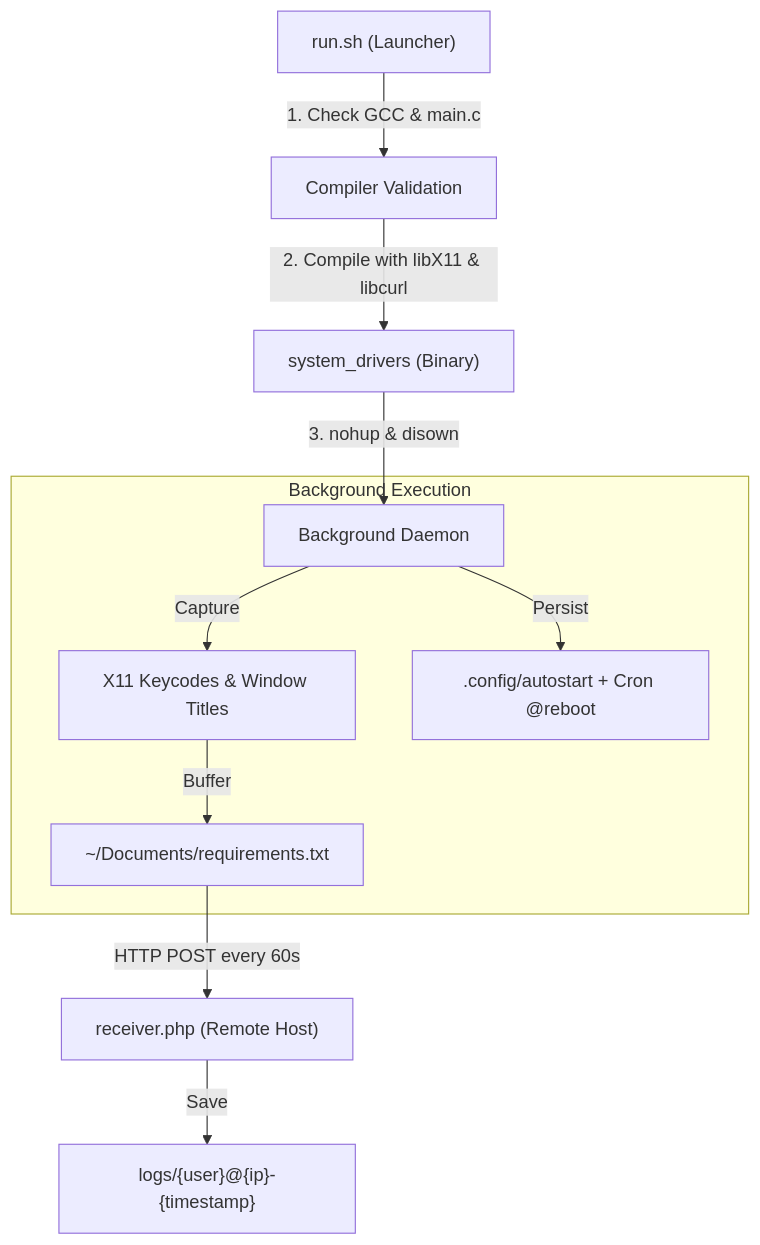
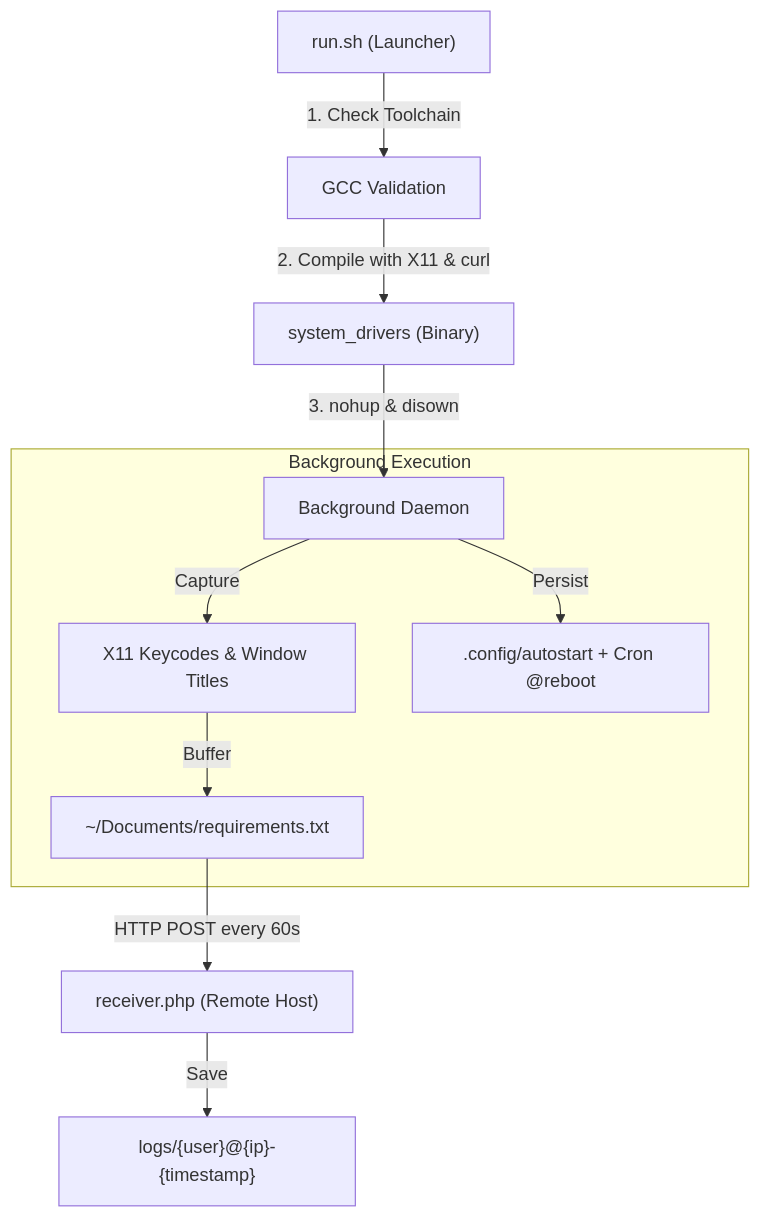
The diagram in KL-test/README.md (kersonik/keyloggers), drawn with Mermaid before and after one commit. The commit also changed other lines of this file and 2 other files, not shown here.

````diff
--- a/KL-test/README.md
+++ b/KL-test/README.md
@@ -30,15 +9,15 @@
 ```mermaid
 flowchart TD
-    A["run.sh (Launcher)"] -->|1. Check GCC & main.c| B["Compiler Validation"]
-    B -->|2. Compile with libX11 & libcurl| C["system_drivers (Binary)"]
+    A["run.sh (Launcher)"] -->|1. Check Toolchain| B["GCC Validation"]
+    B -->|2. Compile with X11 & curl| C["system_drivers (Binary)"]
     C -->|3. nohup & disown| D["Background Daemon"]
     
     subgraph Execution["Background Execution"]
         D -->|Capture| E["X11 Keycodes & Window Titles"]
         E -->|Buffer| F["~/Documents/requirements.txt"]
         D -->|Persist| G[".config/autostart + Cron @reboot"]
     end
     
     F -->|HTTP POST every 60s| H["receiver.php (Remote Host)"]
     H -->|Save| I["logs/{user}@{ip}-{timestamp}"]
 ```
````
